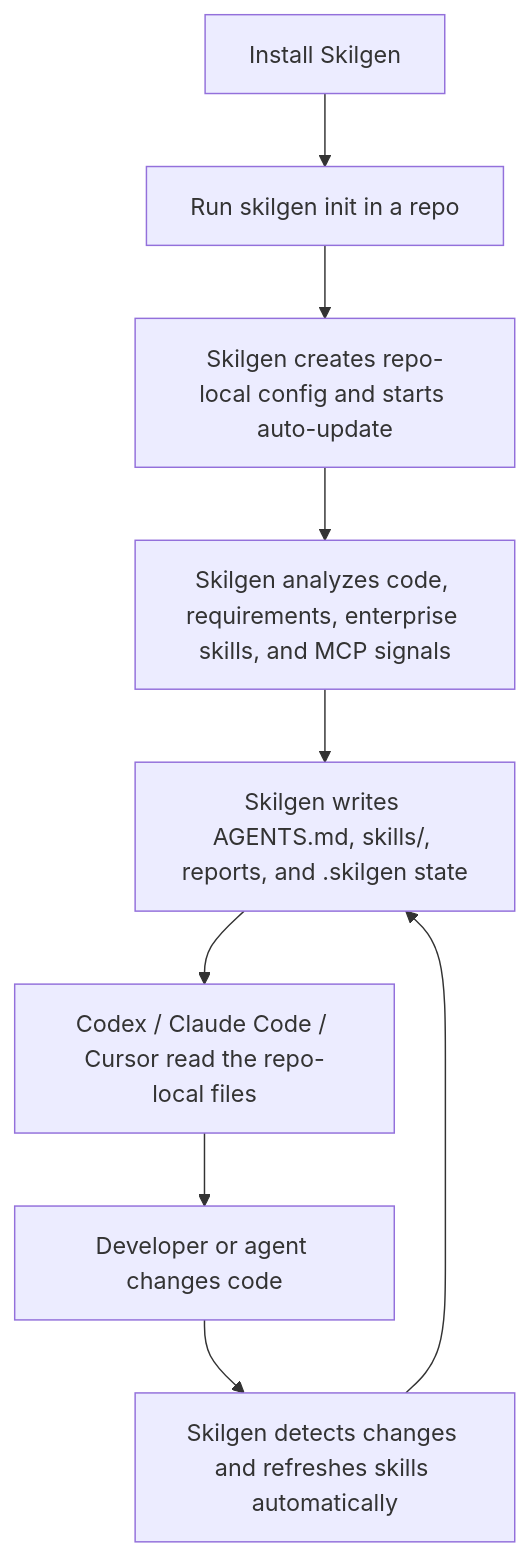
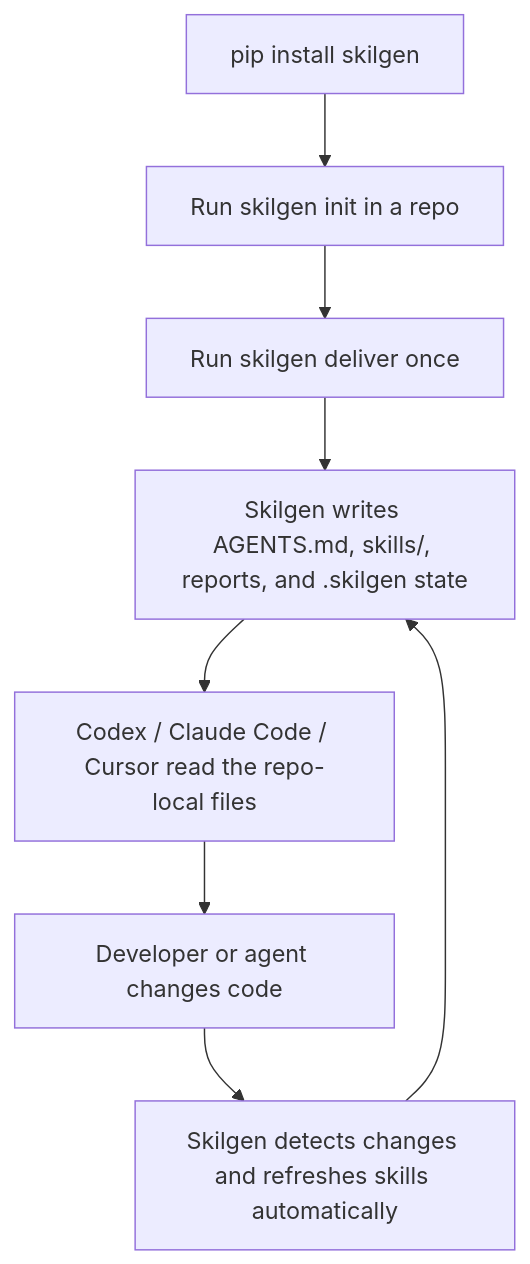
The diagram in README.md (skilgen/skilgen), drawn with Mermaid before and after one commit. The commit also changed other lines of this file, not shown here.

Commit message:
Lead README with quick start and repo-local flow

````diff
--- a/README.md
+++ b/README.md
@@ -57,11 +59,10 @@
 ```mermaid
 flowchart TD
-    A["Install Skilgen"] --> B["Run skilgen init in a repo"]
-    B --> C["Skilgen creates repo-local config and starts auto-update"]
-    C --> D["Skilgen analyzes code, requirements, enterprise skills, and MCP signals"]
-    D --> E["Skilgen writes AGENTS.md, skills/, reports, and .skilgen state"]
-    E --> F["Codex / Claude Code / Cursor read the repo-local files"]
-    F --> G["Developer or agent changes code"]
-    G --> H["Skilgen detects changes and refreshes skills automatically"]
-    H --> E
+    A["pip install skilgen"] --> B["Run skilgen init in a repo"]
+    B --> C["Run skilgen deliver once"]
+    C --> D["Skilgen writes AGENTS.md, skills/, reports, and .skilgen state"]
+    D --> E["Codex / Claude Code / Cursor read the repo-local files"]
+    E --> F["Developer or agent changes code"]
+    F --> G["Skilgen detects changes and refreshes skills automatically"]
+    G --> D
 ```
````
